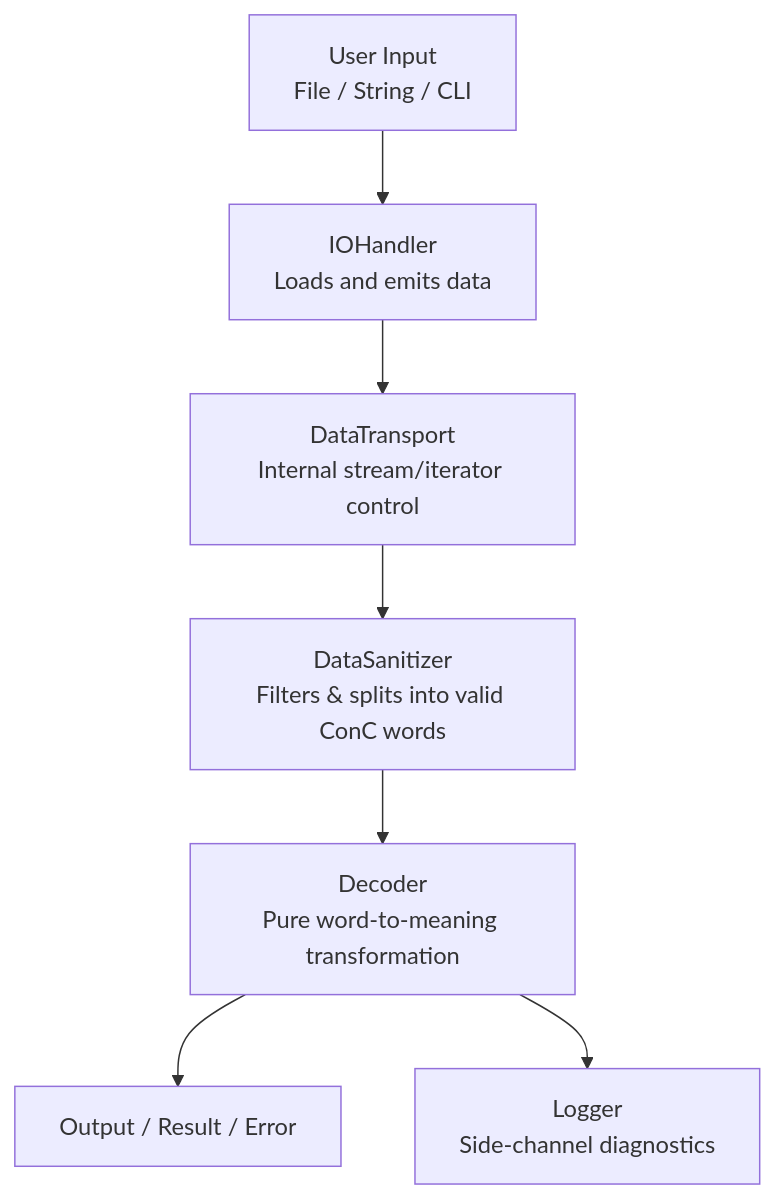
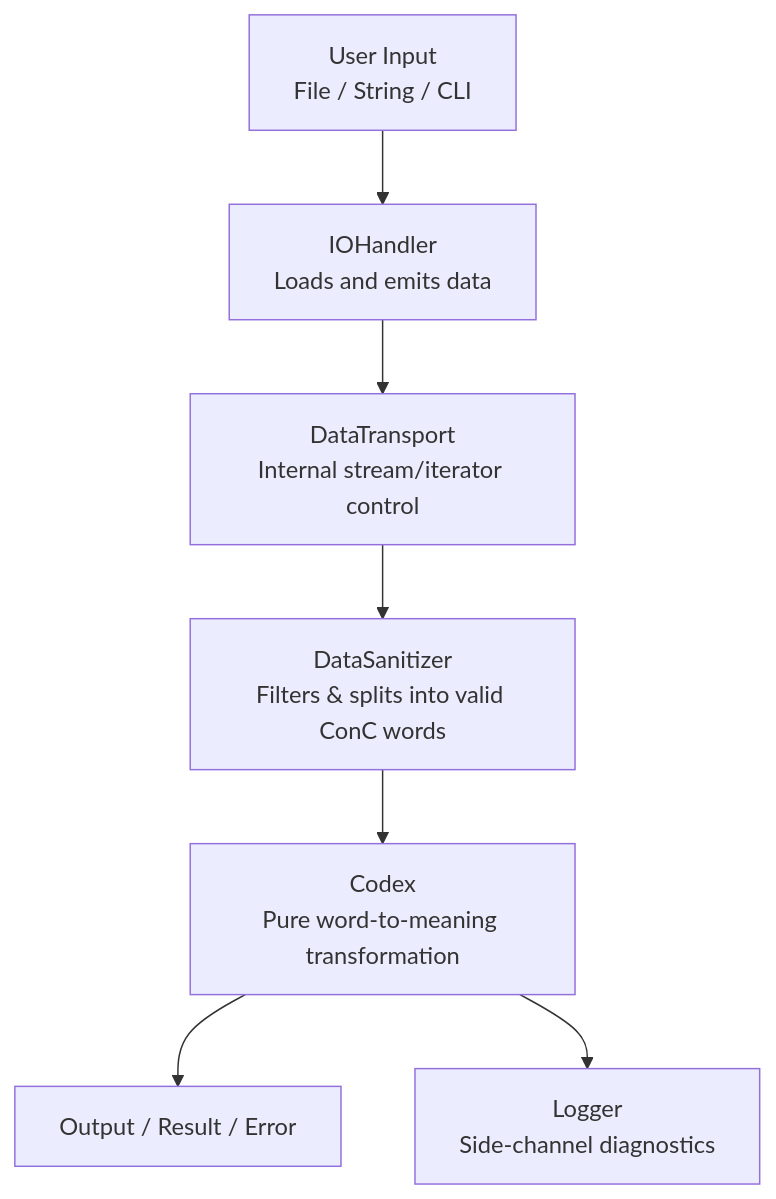
The diagram in README.md (TomOtero1984/ConC), drawn with Mermaid before and after one commit. The commit also changed other lines of this file, not shown here.

````diff
--- a/README.md
+++ b/README.md
@@ -59,13 +59,13 @@
 ``` mermaid
 flowchart TD
     A[User Input<br/>File / String / CLI]
     B[IOHandler<br/>Loads and emits data]
     C[DataTransport<br/>Internal stream/iterator control]
     D[DataSanitizer<br/>Filters & splits into valid ConC words]
-    E[Decoder<br/>Pure word-to-meaning transformation]
+    E[Codex<br/>Pure word-to-meaning transformation]
     F[Logger<br/>Side-channel diagnostics]
     G[Output / Result / Error]
 
     A --> B --> C --> D --> E --> G
     E --> F
 ```
````
